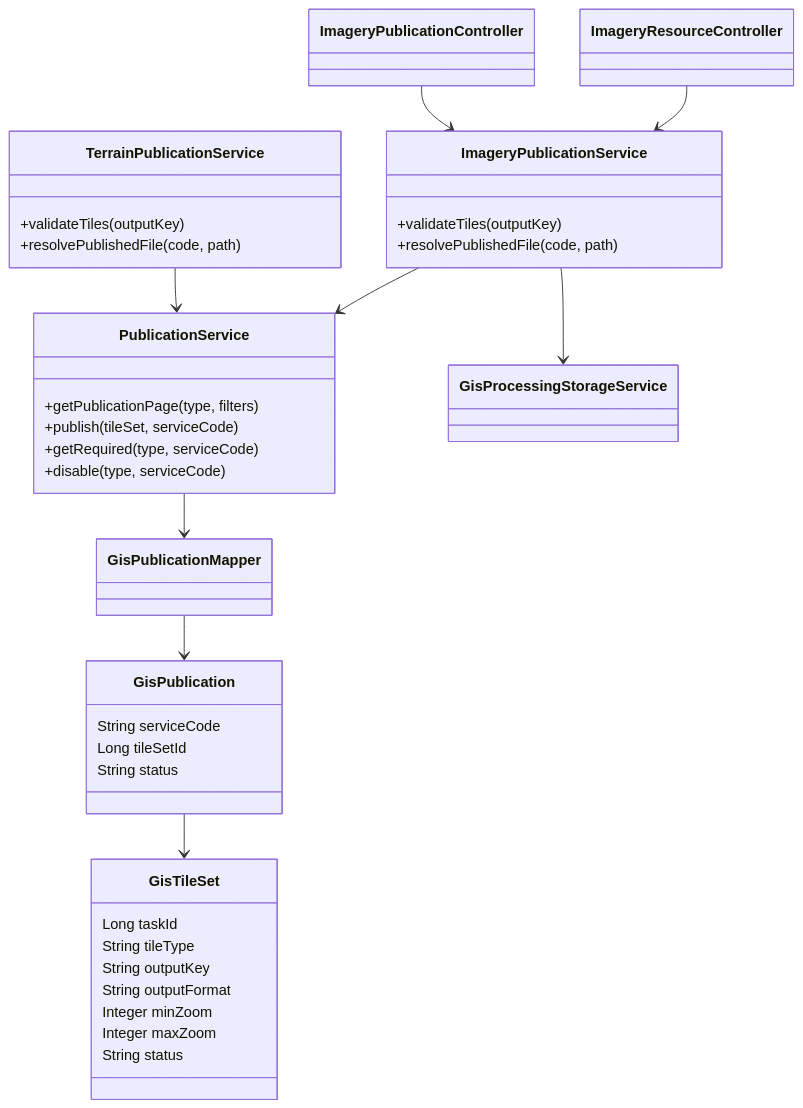
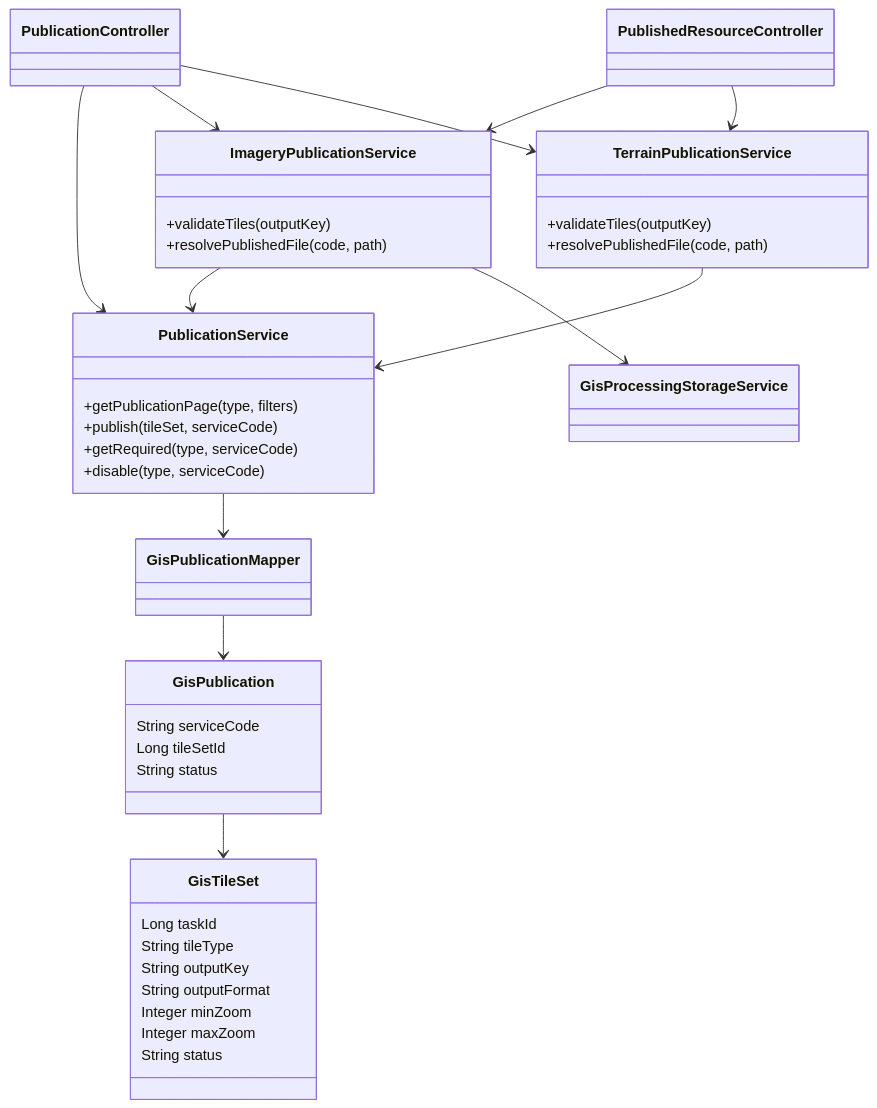
The first of 2 diagrams in docs/imagery-publication-uml.md (ch-dpf/Ocean_Admin_Service), drawn with Mermaid before and after one commit. The commit also changed other lines of this file and 6 other files, not shown here.

````diff
--- a/docs/imagery-publication-uml.md
+++ b/docs/imagery-publication-uml.md
@@ -9,44 +9,47 @@
 ```mermaid
 classDiagram
     class GisPublication {
         String serviceCode
         Long tileSetId
         String status
     }
     class GisTileSet {
         Long taskId
         String tileType
         String outputKey
         String outputFormat
         Integer minZoom
         Integer maxZoom
         String status
     }
     class PublicationService {
         +getPublicationPage(type, filters)
         +publish(tileSet, serviceCode)
         +getRequired(type, serviceCode)
         +disable(type, serviceCode)
     }
     class TerrainPublicationService {
         +validateTiles(outputKey)
         +resolvePublishedFile(code, path)
     }
     class ImageryPublicationService {
         +validateTiles(outputKey)
         +resolvePublishedFile(code, path)
     }
-    class ImageryPublicationController
-    class ImageryResourceController
+    class PublicationController
+    class PublishedResourceController
     class GisPublicationMapper
     class GisProcessingStorageService
 
     PublicationService --> GisPublicationMapper
     GisPublicationMapper --> GisPublication
     GisPublication --> GisTileSet
     TerrainPublicationService --> PublicationService
     ImageryPublicationService --> PublicationService
     ImageryPublicationService --> GisProcessingStorageService
-    ImageryPublicationController --> ImageryPublicationService
-    ImageryResourceController --> ImageryPublicationService
+    PublicationController --> PublicationService
+    PublicationController --> ImageryPublicationService
+    PublicationController --> TerrainPublicationService
+    PublishedResourceController --> ImageryPublicationService
+    PublishedResourceController --> TerrainPublicationService
 ```
````
